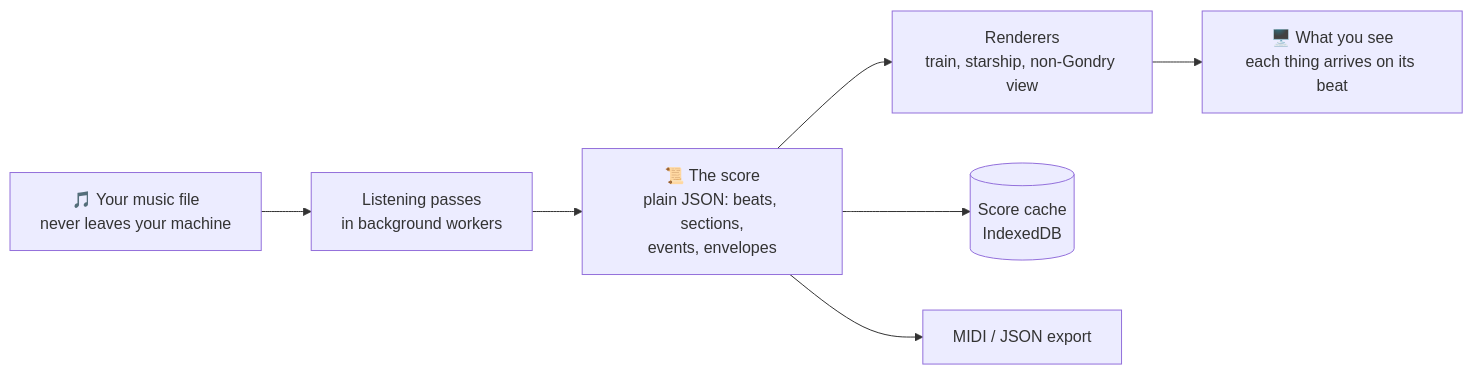
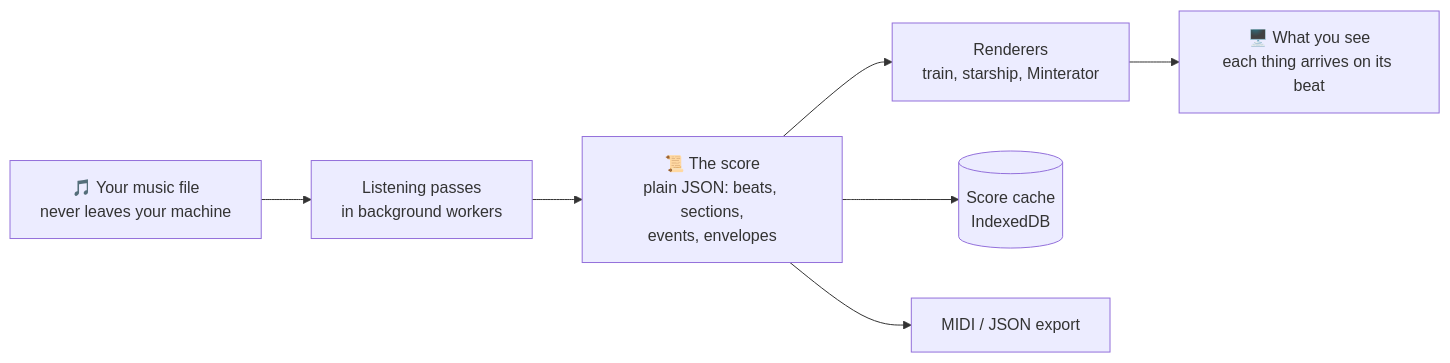
Before and after one commit to FrunkQ/gondryator: the first of 8 diagrams in docs/TECHNOLOGY.md, drawn with Mermaid. The commit also changed other lines of this file and 21 other files, not shown here.

First line of the commit message:
Rename the non-Gondry view the Minterator, with a short URL and a llama at the door

````diff
--- a/docs/TECHNOLOGY.md
+++ b/docs/TECHNOLOGY.md
@@ -9,9 +9,9 @@
 ```mermaid
 flowchart LR
     A[🎵 Your music file<br/>never leaves your machine] --> B[Listening passes<br/>in background workers]
     B --> C[📜 The score<br/>plain JSON: beats, sections,<br/>events, envelopes]
-    C --> D[Renderers<br/>train, starship, non-Gondry view]
+    C --> D[Renderers<br/>train, starship, Minterator]
     D --> E[🖥️ What you see<br/>each thing arrives on its beat]
     C --> F[(Score cache<br/>IndexedDB)]
     C --> G[MIDI / JSON export]
 ```
````
